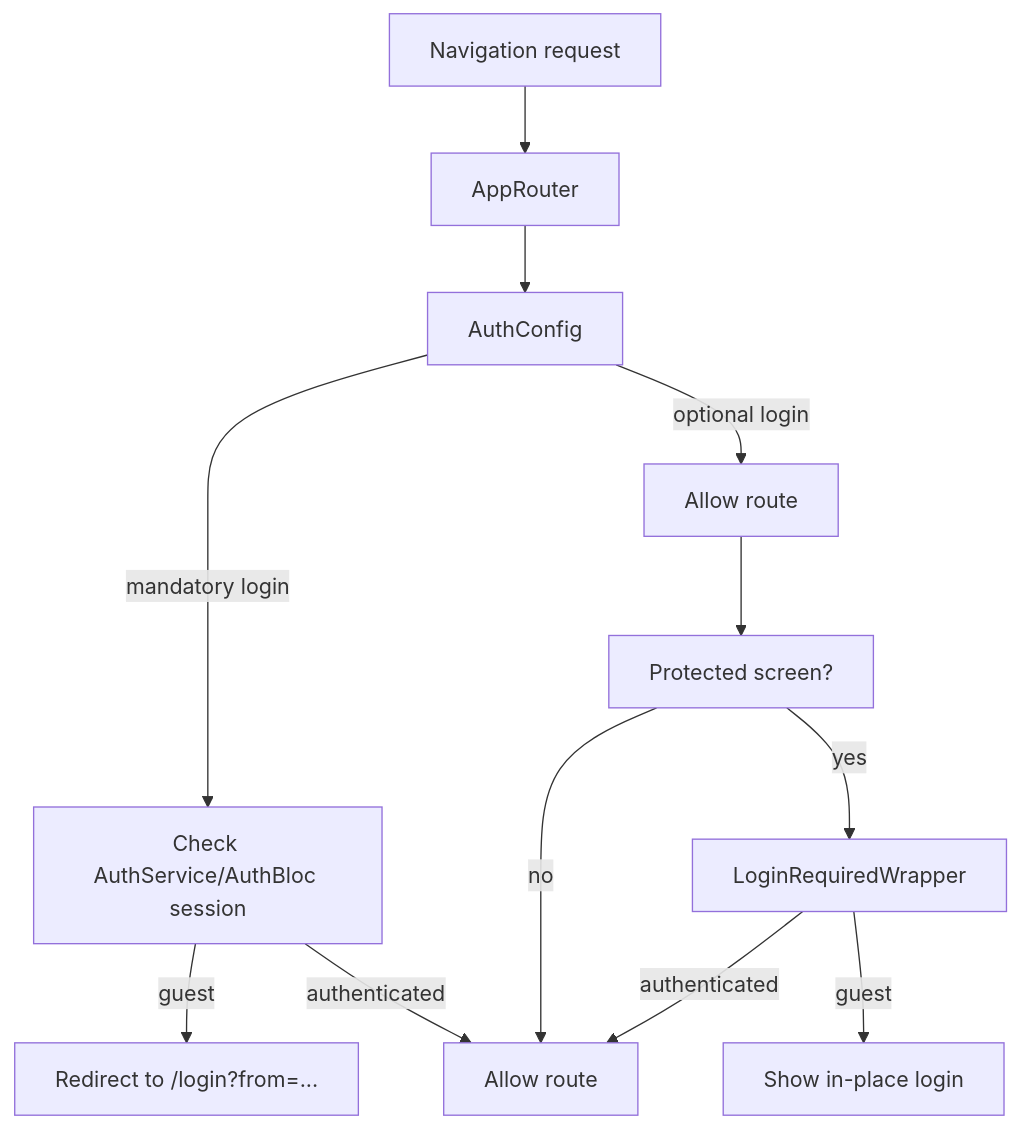
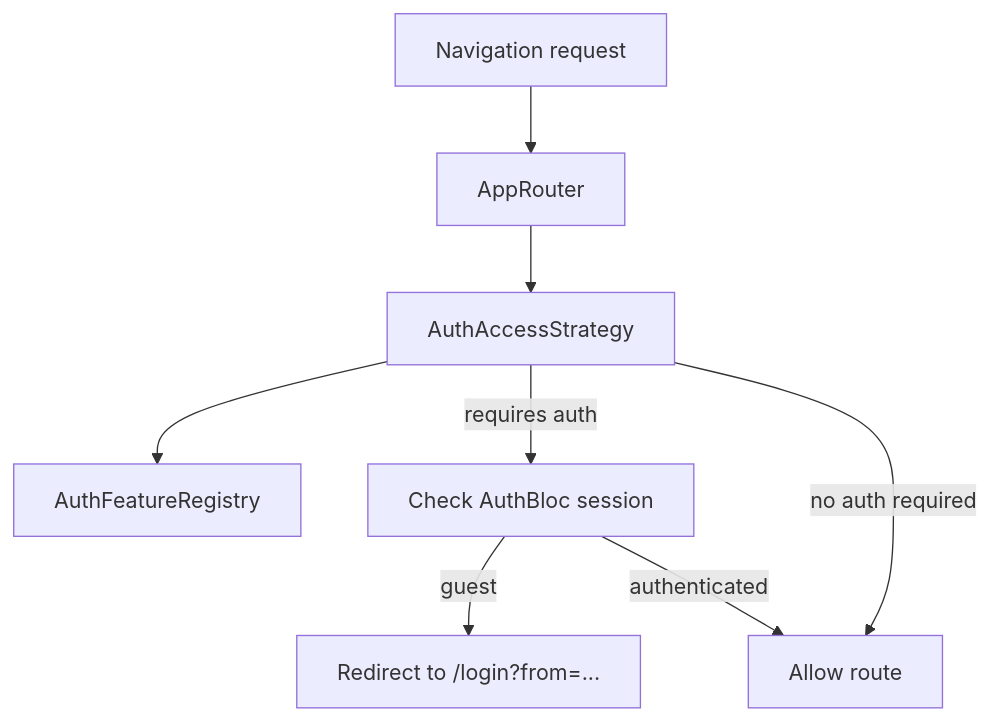
Before and after one commit to mixin27/flutter_app_template_cli: the diagram in template/monorepo/docs/diagrams/auth_access.mmd, drawn with Mermaid. The commit also changed 32 other files, not shown here.

```diff
--- a/template/monorepo/docs/diagrams/auth_access.mmd
+++ b/template/monorepo/docs/diagrams/auth_access.mmd
@@ -1,14 +1,10 @@
 flowchart TD
   A["Navigation request"] --> B["AppRouter"]
-  B --> C["AuthConfig"]
+  B --> C["AuthAccessStrategy"]
+  C --> D["AuthFeatureRegistry"]
 
-  C -->|"mandatory login"| D["Check AuthService/AuthBloc session"]
-  D -->|"guest"| E["Redirect to /login?from=..."]
-  D -->|"authenticated"| H["Allow route"]
+  C -->|"requires auth"| E["Check AuthBloc session"]
+  E -->|"guest"| F["Redirect to /login?from=..."]
+  E -->|"authenticated"| G["Allow route"]
 
-  C -->|"optional login"| F["Allow route"]
-  F --> G["Protected screen?"]
-  G -->|"no"| H
-  G -->|"yes"| I["LoginRequiredWrapper"]
-  I -->|"guest"| J["Show in-place login"]
-  I -->|"authenticated"| H
+  C -->|"no auth required"| G
```
